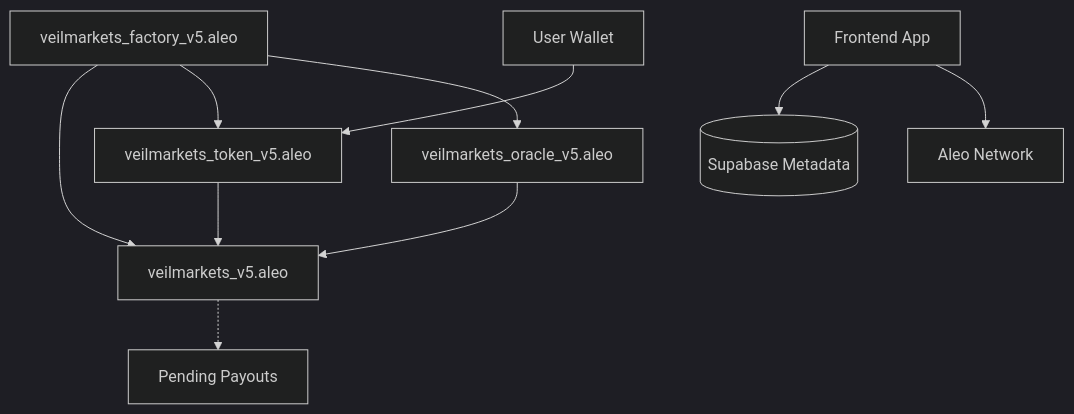
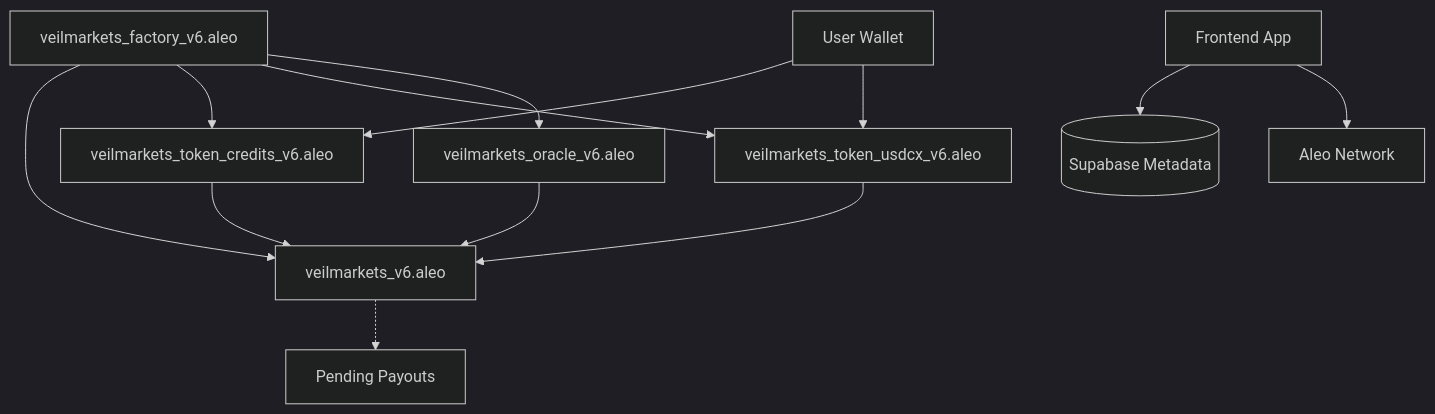
The diagram in README.md (Psalmuel01/VeilMarkets), drawn with Mermaid (dark theme) before and after one commit. The commit also changed other lines of this file and 100 other files, not shown here.

````diff
--- a/README.md
+++ b/README.md
@@ -98,14 +101,17 @@
 ```mermaid
 graph TD
-    Factory[veilmarkets_factory_v5.aleo] --> Core[veilmarkets_v5.aleo]
-    Factory --> Token[veilmarkets_token_v5.aleo]
-    Factory --> Oracle[veilmarkets_oracle_v5.aleo]
+    Factory[veilmarkets_factory_v6.aleo] --> Core[veilmarkets_v6.aleo]
+    Factory --> TokenCredits[veilmarkets_token_credits_v6.aleo]
+    Factory --> TokenUSDCx[veilmarkets_token_usdcx_v6.aleo]
+    Factory --> Oracle[veilmarkets_oracle_v6.aleo]
     
-    User[User Wallet] --> Token
-    Token --> Core
+    User[User Wallet] --> TokenCredits
+    User --> TokenUSDCx
+    TokenCredits --> Core
+    TokenUSDCx --> Core
     Core -.-> Pending[Pending Payouts]
     Oracle --> Core
     
     Frontend[Frontend App] --> Supabase[(Supabase Metadata)]
     Frontend --> Aleo[Aleo Network]
 ```
````
